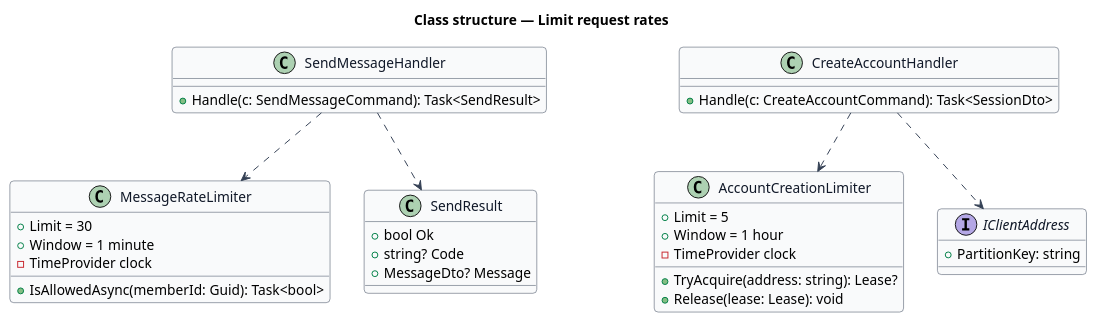
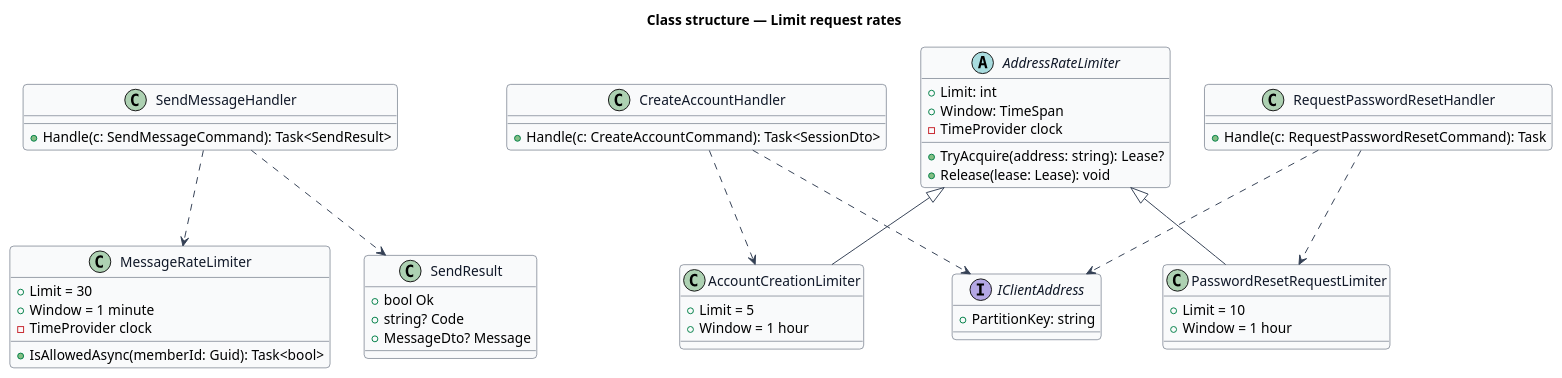
One commit to QuinntyneBrown/christian-fitness changed the diagram in docs/detailed-designs/security/limit-request-rates/diagrams/class.puml. Above: the diagram before and after it, drawn with PlantUML. The commit also changed 34 other files, not shown here.

First line of the commit message:
Refuse an 11th reset request from one address in an hour

```diff
--- a/docs/detailed-designs/security/limit-request-rates/diagrams/class.puml
+++ b/docs/detailed-designs/security/limit-request-rates/diagrams/class.puml
@@ -1,45 +1,60 @@
 @startuml
 skinparam backgroundColor #FFFFFF
 skinparam shadowing false
 skinparam roundcorner 8
 skinparam defaultFontName Arial
 skinparam ArrowColor #344054
 skinparam class {
   BorderColor #344054
   FontColor #101828
   BackgroundColor #F9FAFB
 }
 title Class structure — Limit request rates
 
 class MessageRateLimiter {
   +Limit = 30
   +Window = 1 minute
   -TimeProvider clock
   +IsAllowedAsync(memberId: Guid): Task<bool>
 }
 class SendMessageHandler {
   +Handle(c: SendMessageCommand): Task<SendResult>
 }
 class SendResult {
   +bool Ok
   +string? Code
   +MessageDto? Message
 }
-class AccountCreationLimiter {
-  +Limit = 5
-  +Window = 1 hour
+abstract class AddressRateLimiter {
+  +Limit: int
+  +Window: TimeSpan
   -TimeProvider clock
   +TryAcquire(address: string): Lease?
   +Release(lease: Lease): void
 }
+class AccountCreationLimiter {
+  +Limit = 5
+  +Window = 1 hour
+}
+class PasswordResetRequestLimiter {
+  +Limit = 10
+  +Window = 1 hour
+}
+class RequestPasswordResetHandler {
+  +Handle(c: RequestPasswordResetCommand): Task
+}
+AddressRateLimiter <|-- AccountCreationLimiter
+AddressRateLimiter <|-- PasswordResetRequestLimiter
 interface IClientAddress {
   +PartitionKey: string
 }
 class CreateAccountHandler {
   +Handle(c: CreateAccountCommand): Task<SessionDto>
 }
 SendMessageHandler ..> MessageRateLimiter
 SendMessageHandler ..> SendResult
 CreateAccountHandler ..> AccountCreationLimiter
 CreateAccountHandler ..> IClientAddress
+RequestPasswordResetHandler ..> PasswordResetRequestLimiter
+RequestPasswordResetHandler ..> IClientAddress
 @enduml
```
